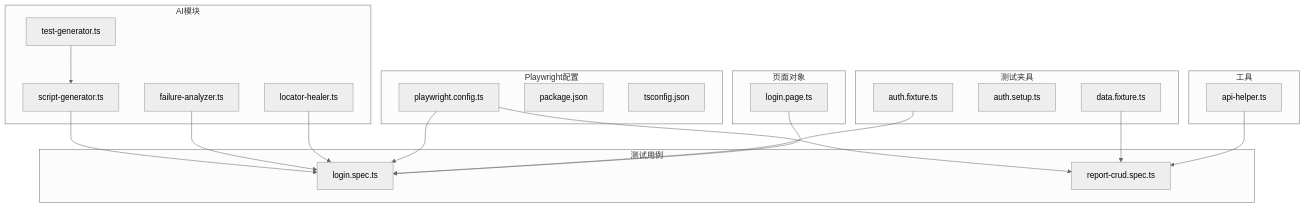
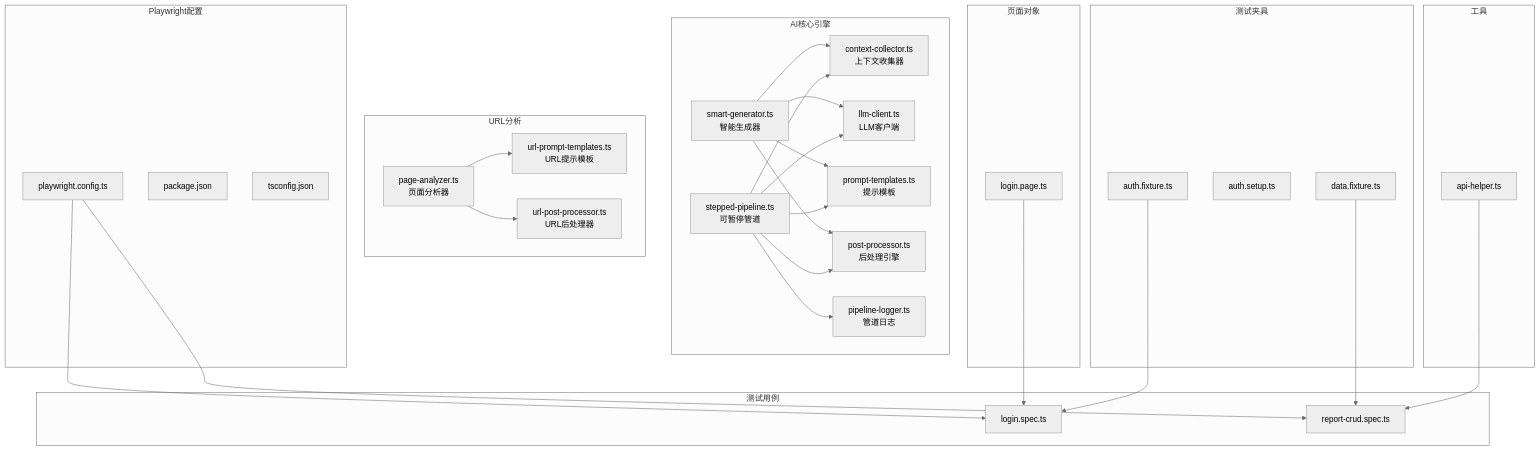
Before and after one commit to zzgoviziwind/--playwright: the first of 6 diagrams in .qoder/repowiki/zh/content/AI测试生成系统/AI测试生成系统.md, drawn with Mermaid (neutral theme). The commit also changed other lines of this file and 112 other files, not shown here.

````diff
--- a/.qoder/repowiki/zh/content/AI测试生成系统/AI测试生成系统.md
+++ b/.qoder/repowiki/zh/content/AI测试生成系统/AI测试生成系统.md
@@ -45,39 +65,54 @@
 ```mermaid
 graph TB
-subgraph "AI模块"
-TG["test-generator.ts"]
-SG["script-generator.ts"]
-FA["failure-analyzer.ts"]
-LH["locator-healer.ts"]
+subgraph "AI核心引擎"
+SG["smart-generator.ts<br/>智能生成器"]
+CP["context-collector.ts<br/>上下文收集器"]
+LC["llm-client.ts<br/>LLM客户端"]
+PT["prompt-templates.ts<br/>提示模板"]
+PP["post-processor.ts<br/>后处理引擎"]
+SP["stepped-pipeline.ts<br/>可暂停管道"]
+PL["pipeline-logger.ts<br/>管道日志"]
+end
+subgraph "URL分析"
+PA["page-analyzer.ts<br/>页面分析器"]
+UPT["url-prompt-templates.ts<br/>URL提示模板"]
+UPP["url-post-processor.ts<br/>URL后处理器"]
 end
 subgraph "Playwright配置"
 PC["playwright.config.ts"]
 PKG["package.json"]
 TS["tsconfig.json"]
 end
 subgraph "测试夹具"
 AF["auth.fixture.ts"]
 AS["auth.setup.ts"]
 DF["data.fixture.ts"]
 end
 subgraph "页面对象"
 LP["login.page.ts"]
 end
 subgraph "测试用例"
 LS["login.spec.ts"]
 RCS["report-crud.spec.ts"]
 end
 subgraph "工具"
 AH["api-helper.ts"]
 end
-TG --> SG
-SG --> LS
-FA --> LS
-LH --> LS
+SG --> CP
+SG --> LC
+SG --> PT
+SG --> PP
+SP --> CP
+SP --> LC
+SP --> PT
+SP --> PP
+SP --> PL
+PA --> UPT
+PA --> UPP
 PC --> LS
 PC --> RCS
 AF --> LS
 DF --> RCS
 AH --> RCS
 LP --> LS
 ```
````
